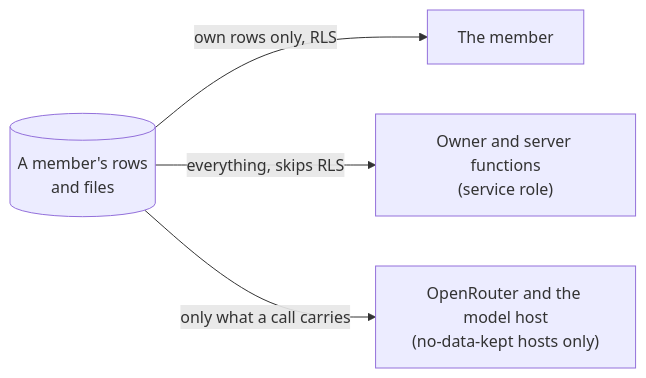
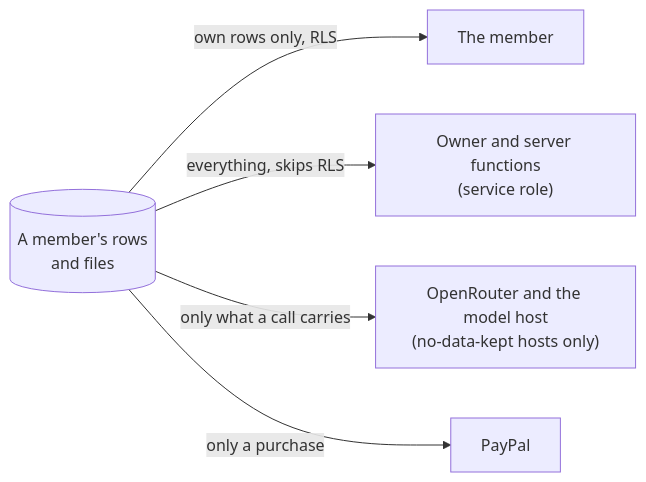
The fifth of 6 diagrams in docs/ARCHITECTURE.md (tydev-new/10xjobs-careercoach), drawn with Mermaid before and after one commit. The commit also changed other lines of this file and 2 other files, not shown here.

First line of the commit message:
docs(web): § 17.10 only Ten's own orders are credited (lead ruling on F1)

````diff
--- a/docs/ARCHITECTURE.md
+++ b/docs/ARCHITECTURE.md
@@ -252,7 +259,8 @@
 ```mermaid
 flowchart LR
   Data[("A member's rows<br/>and files")]
   Data -->|own rows only, RLS| Member["The member"]
   Data -->|everything, skips RLS| Admin["Owner and server functions<br/>(service role)"]
   Data -->|only what a call carries| Model["OpenRouter and the model host<br/>(no-data-kept hosts only)"]
+  Data -->|only a purchase| PayPal["PayPal"]
 ```
````
